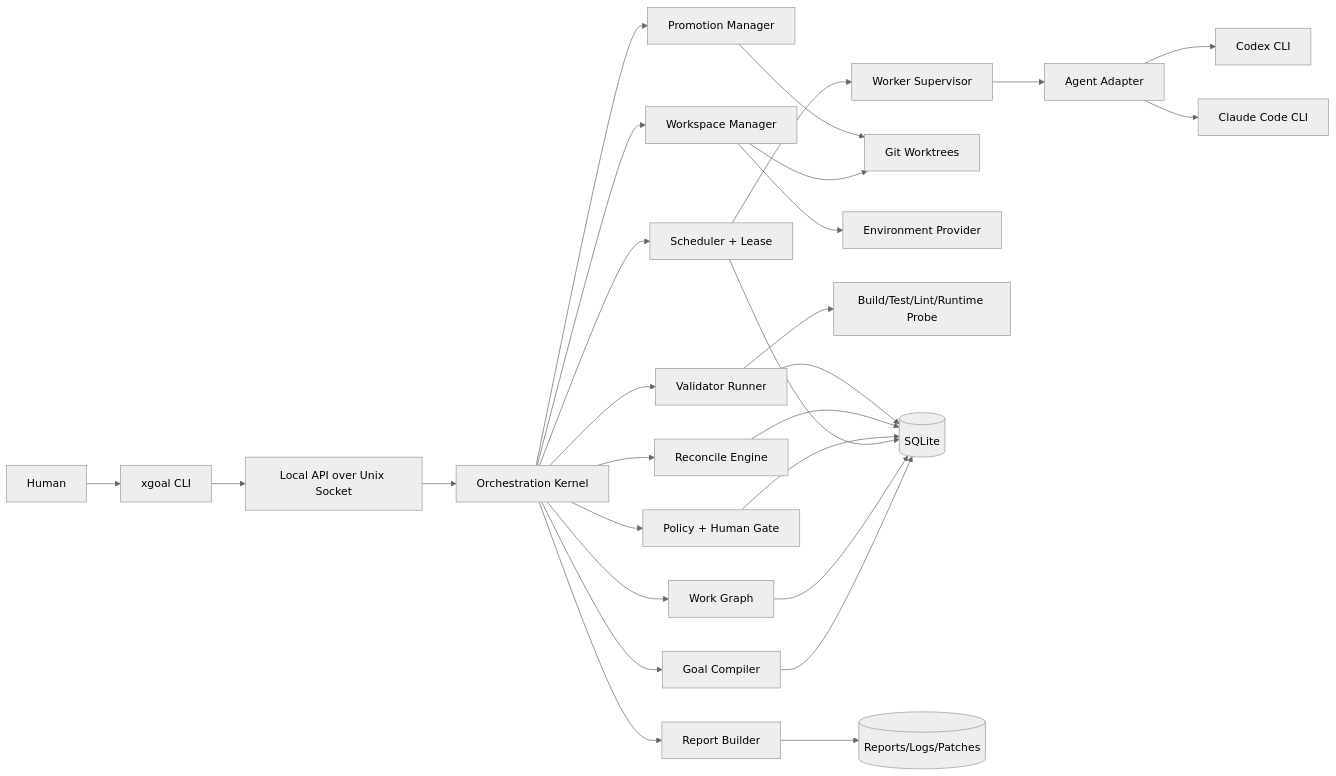
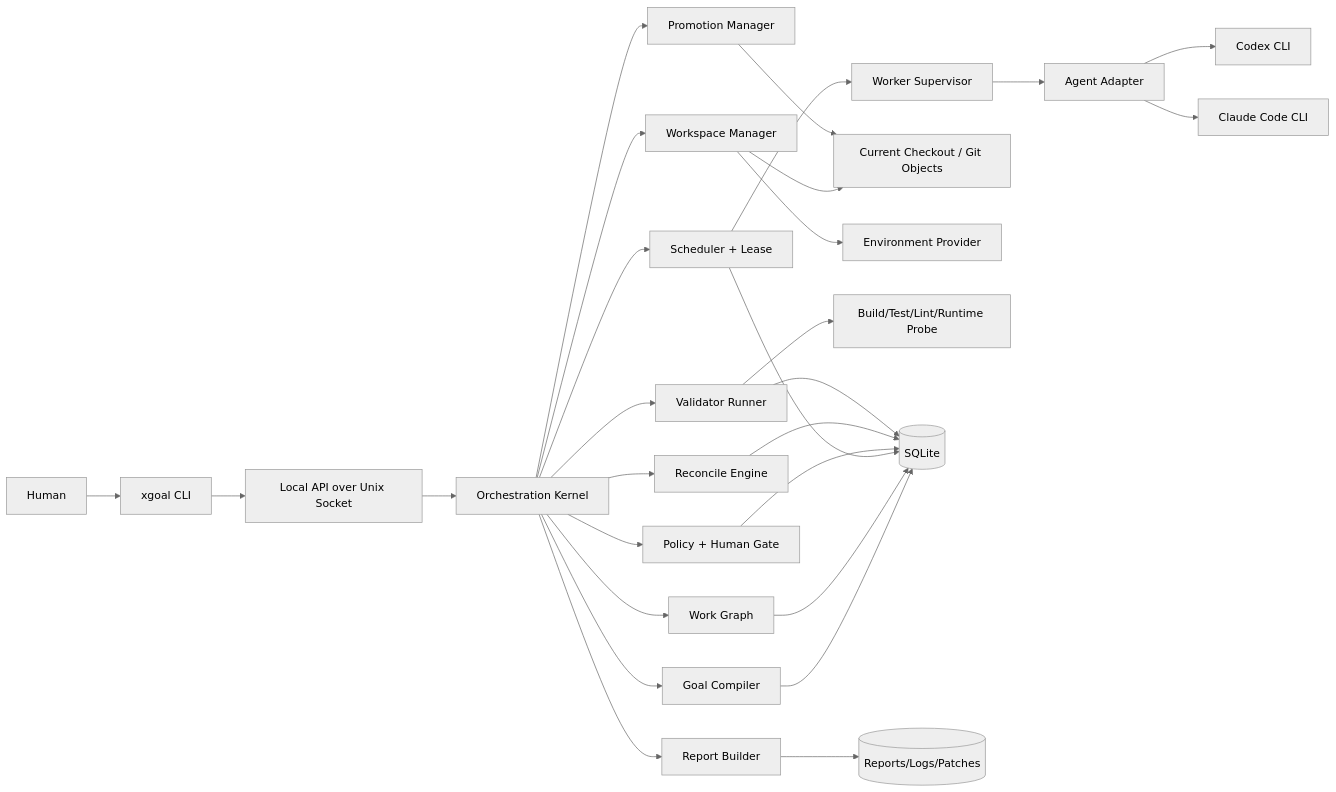
Before and after one commit to monshunter/xgoal: the first of 3 diagrams in xgoal-technical-spec-v0.1.md, drawn with Mermaid (neutral theme). The commit also changed other lines of this file and 56 other files, not shown here.

````diff
--- a/xgoal-technical-spec-v0.1.md
+++ b/xgoal-technical-spec-v0.1.md
@@ -138,36 +138,36 @@
 ```mermaid
 flowchart LR
     H[Human] --> CLI[xgoal CLI]
     CLI --> API[Local API over Unix Socket]
     API --> K[Orchestration Kernel]
 
     K --> GC[Goal Compiler]
     K --> WG[Work Graph]
     K --> SCH[Scheduler + Lease]
     K --> POL[Policy + Human Gate]
     K --> REC[Reconcile Engine]
     K --> REP[Report Builder]
 
     SCH --> SUP[Worker Supervisor]
     SUP --> ADP[Agent Adapter]
     ADP --> CX[Codex CLI]
     ADP --> CL[Claude Code CLI]
 
     K --> WM[Workspace Manager]
-    WM --> GIT[Git Worktrees]
+    WM --> GIT[Current Checkout / Git Objects]
     WM --> ENV[Environment Provider]
 
     K --> VAL[Validator Runner]
     VAL --> TOOL[Build/Test/Lint/Runtime Probe]
 
     K --> INT[Promotion Manager]
     INT --> GIT
 
     GC --> DB[(SQLite)]
     WG --> DB
     SCH --> DB
     POL --> DB
     REC --> DB
     VAL --> DB
     REP --> FS[(Reports/Logs/Patches)]
 ```
````
